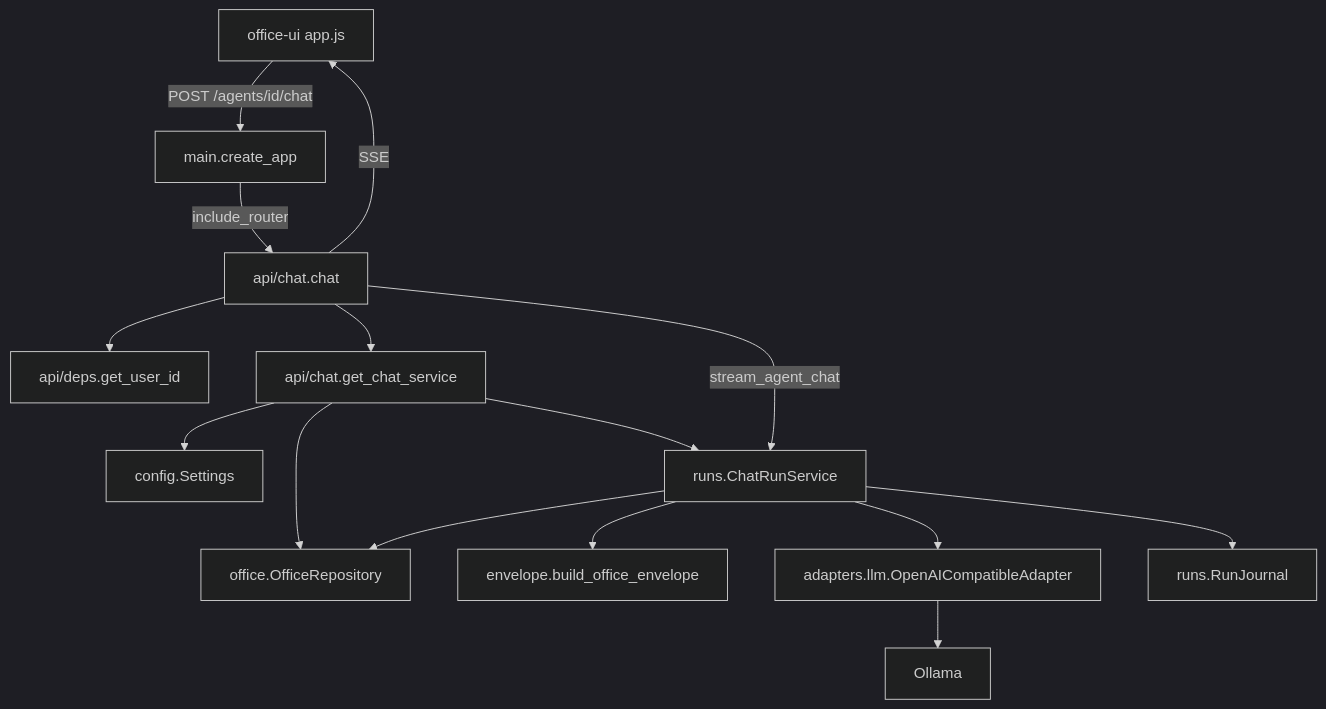
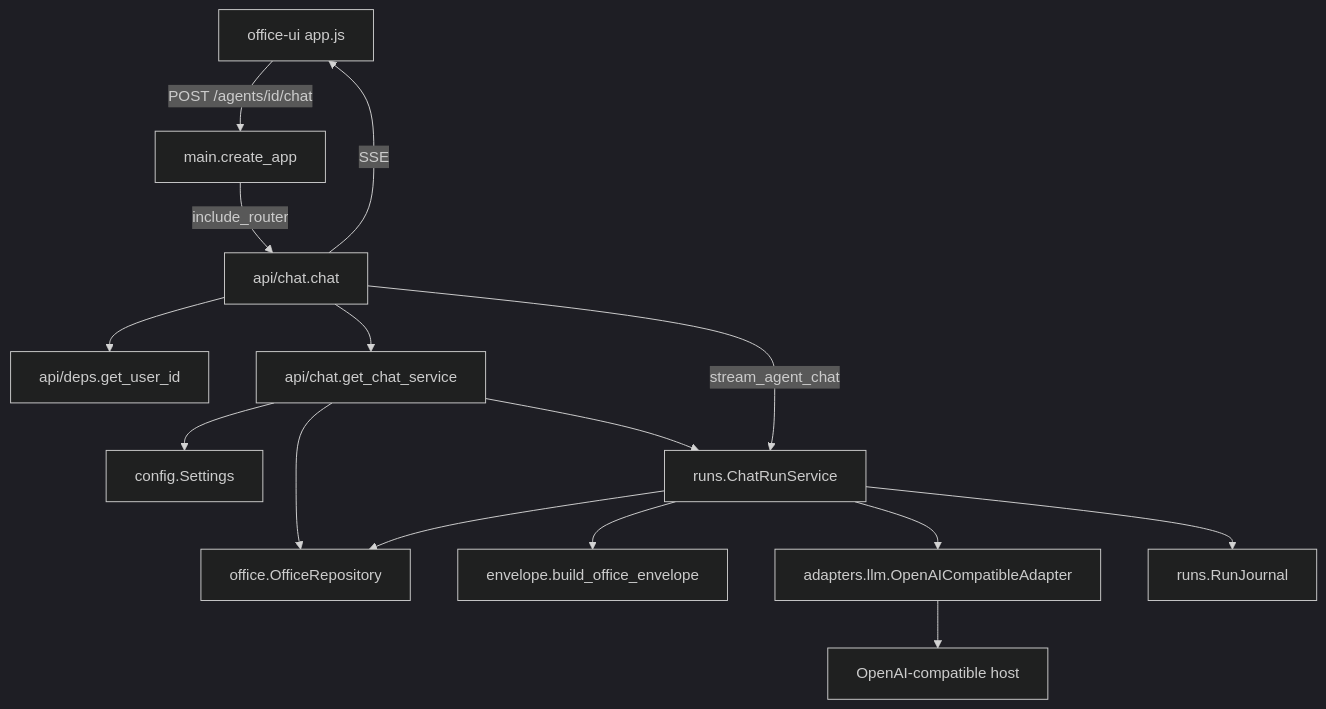
One commit to abhishekjasani/AgentAnyStack changed the third of 6 diagrams in docs/architecture/11_CHAT.md. Above: the diagram before and after it, drawn with Mermaid (dark theme). The commit also changed other lines of this file and 19 other files, not shown here.

````diff
--- a/docs/architecture/11_CHAT.md
+++ b/docs/architecture/11_CHAT.md
@@ -27,30 +103,30 @@
 ```mermaid
 flowchart TD
     UI["office-ui app.js"]
     MAIN["main.create_app"]
     CHAT["api/chat.chat"]
     UID["api/deps.get_user_id"]
     WIRE["api/chat.get_chat_service"]
     CFG["config.Settings"]
     REPO["office.OfficeRepository"]
     CRS["runs.ChatRunService"]
     ENV["envelope.build_office_envelope"]
     AD["adapters.llm.OpenAICompatibleAdapter"]
     J["runs.RunJournal"]
-    OL["Ollama"]
+    OL["OpenAI-compatible host"]
 
     UI -->|"POST /agents/id/chat"| MAIN
     MAIN -->|include_router| CHAT
     CHAT --> UID
     CHAT --> WIRE
     WIRE --> CFG
     WIRE --> REPO
     WIRE --> CRS
     CHAT -->|stream_agent_chat| CRS
     CRS --> REPO
     CRS --> ENV
     CRS --> AD
     CRS --> J
     AD --> OL
     CHAT -->|SSE| UI
 ```
````
